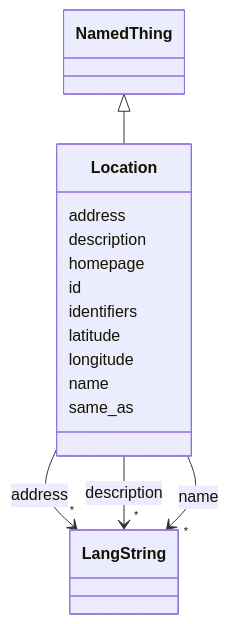
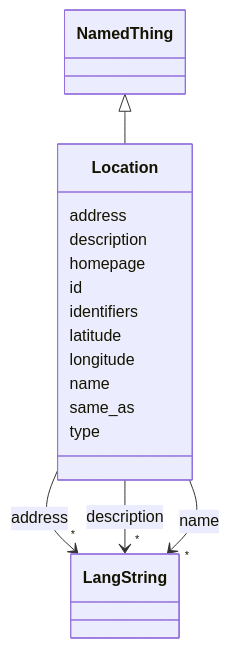
Before and after one commit to DARIAH-IL/idhi-manifests: the diagram in docs/classes/Location.md, drawn with Mermaid. The commit also changed other lines of this file and 26 other files, not shown here.

````diff
--- a/docs/classes/Location.md
+++ b/docs/classes/Location.md
@@ -23,54 +23,56 @@
 ```mermaid
  classDiagram
     class Location
     click Location href "../../classes/Location/"
       NamedThing <|-- Location
         click NamedThing href "../../classes/NamedThing/"
       
       Location : address
         
           
     
         
         
         Location --> "*" LangString : address
         click LangString href "../../classes/LangString/"
     
 
         
       Location : description
         
           
     
         
         
         Location --> "*" LangString : description
         click LangString href "../../classes/LangString/"
     
 
         
       Location : homepage
         
       Location : id
         
       Location : identifiers
         
       Location : latitude
         
       Location : longitude
         
       Location : name
         
           
     
         
         
         Location --> "*" LangString : name
         click LangString href "../../classes/LangString/"
     
 
         
       Location : same_as
         
+      Location : type
+        
       
 ```
````
